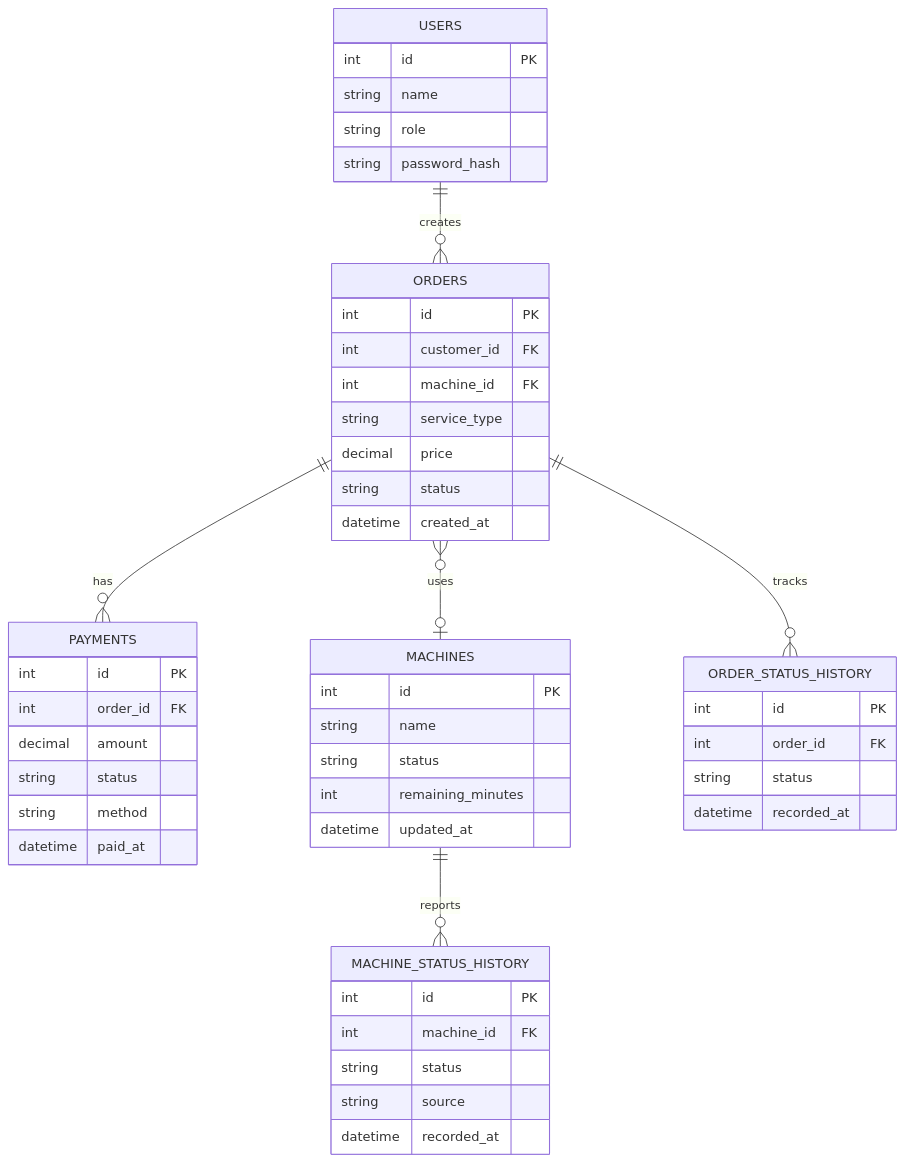
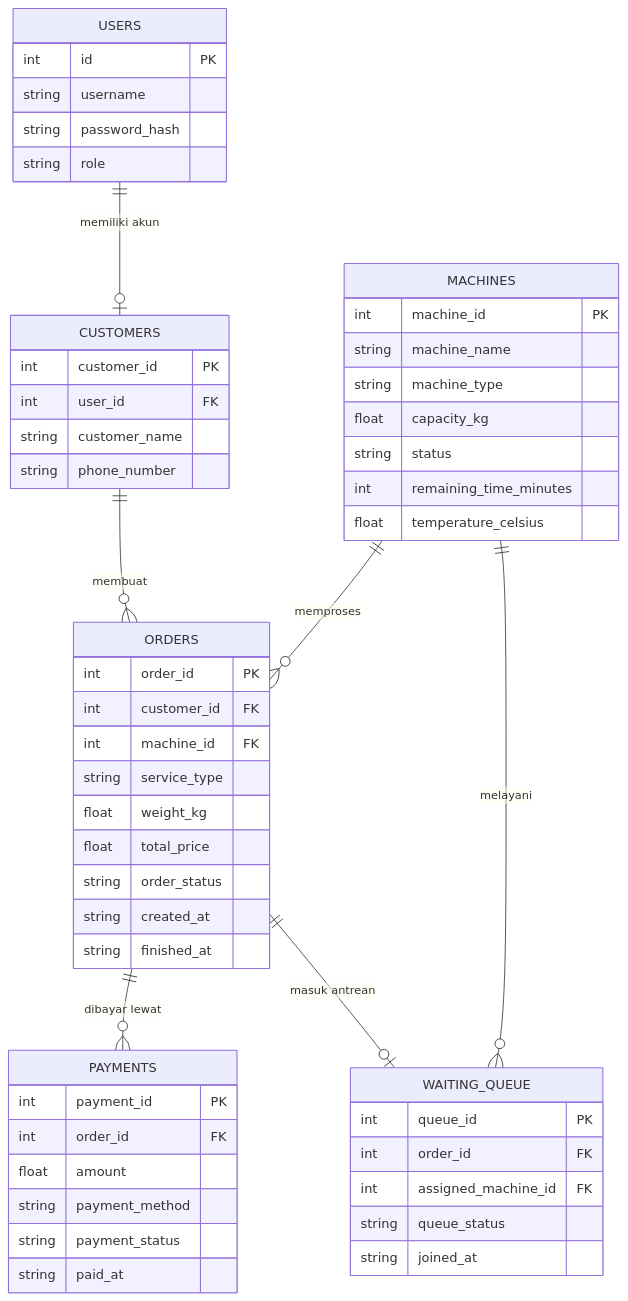
One commit to RPLUNIT032026/Smart-Laundry-AKT25 changed the fourth of 4 diagrams in Sprint 1/designdanarsiktektur.md. Above: the diagram before and after it, drawn with Mermaid. The commit also changed other lines of this file, not shown here.

First line of the commit message:
Revise design and architecture for Smart Laundry

````diff
--- a/Sprint 1/designdanarsiktektur.md
+++ b/Sprint 1/designdanarsiktektur.md
@@ -38,14 +166,63 @@
 ```mermaid
 erDiagram
-  USERS ||--o{ ORDERS : creates
-  ORDERS ||--o{ PAYMENTS : has
-  ORDERS }o--o| MACHINES : uses
-  MACHINES ||--o{ MACHINE_STATUS_HISTORY : reports
-  ORDERS ||--o{ ORDER_STATUS_HISTORY : tracks
-  USERS { int id PK string name string role string password_hash }
-  ORDERS { int id PK int customer_id FK int machine_id FK string service_type decimal price string status datetime created_at }
-  PAYMENTS { int id PK int order_id FK decimal amount string status string method datetime paid_at }
-  MACHINES { int id PK string name string status int remaining_minutes datetime updated_at }
-  MACHINE_STATUS_HISTORY { int id PK int machine_id FK string status string source datetime recorded_at }
-  ORDER_STATUS_HISTORY { int id PK int order_id FK string status datetime recorded_at }
+
+    USERS ||--o| CUSTOMERS : "memiliki akun"
+    CUSTOMERS ||--o{ ORDERS : "membuat"
+    MACHINES ||--o{ ORDERS : "memproses"
+    ORDERS ||--o{ PAYMENTS : "dibayar lewat"
+    ORDERS ||--o| WAITING_QUEUE : "masuk antrean"
+    MACHINES ||--o{ WAITING_QUEUE : "melayani"
+
+    USERS {
+        int id PK
+        string username
+        string password_hash
+        string role
+    }
+
+    CUSTOMERS {
+        int customer_id PK
+        int user_id FK
+        string customer_name
+        string phone_number
+    }
+
+    MACHINES {
+        int machine_id PK
+        string machine_name
+        string machine_type
+        float capacity_kg
+        string status
+        int remaining_time_minutes
+        float temperature_celsius
+    }
+
+    ORDERS {
+        int order_id PK
+        int customer_id FK
+        int machine_id FK
+        string service_type
+        float weight_kg
+        float total_price
+        string order_status
+        string created_at
+        string finished_at
+    }
+
+    PAYMENTS {
+        int payment_id PK
+        int order_id FK
+        float amount
+        string payment_method
+        string payment_status
+        string paid_at
+    }
+
+    WAITING_QUEUE {
+        int queue_id PK
+        int order_id FK
+        int assigned_machine_id FK
+        string queue_status
+        string joined_at
+    }
 ```
````
